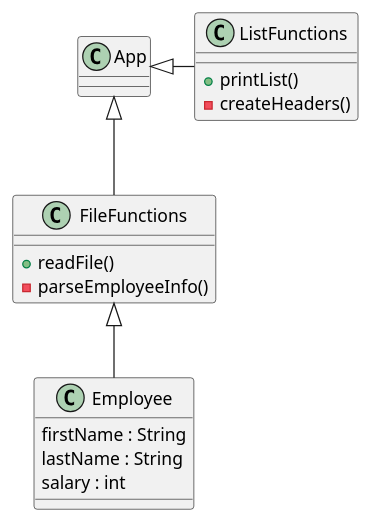
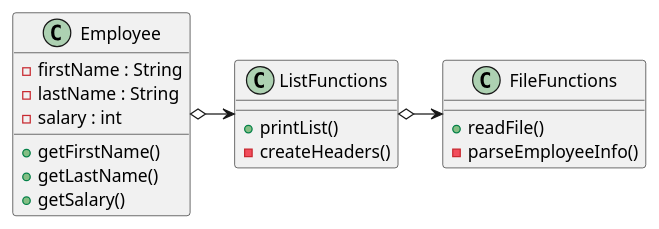
The diagram in src/main/java/oop/assignment3/ex42/base/ParsingDataFile.puml (ivy-nguyen18/nguyen-cop3330-assignment3), drawn with PlantUML before and after one commit. The commit also changed 10 other files, not shown here.

Commit message:
All plantUML updated

```diff
--- a/src/main/java/oop/assignment3/ex42/base/ParsingDataFile.puml
+++ b/src/main/java/oop/assignment3/ex42/base/ParsingDataFile.puml
@@ -1,25 +1,28 @@
 @startuml
 'https://plantuml.com/class-diagram
 
 
-App <|-- FileFunctions
-FileFunctions <|-- Employee
-App <|- ListFunctions
+Employee o->ListFunctions
+ListFunctions o-> FileFunctions
 
 class FileFunctions {
-+ readFile()
-- parseEmployeeInfo()
+    + readFile()
+    - parseEmployeeInfo()
 }
 
 class ListFunctions {
-+ printList()
-- createHeaders()
+    + printList()
+    - createHeaders()
 }
 
 class Employee {
-firstName : String
-lastName : String
-salary : int
+    - firstName : String
+    - lastName : String
+    - salary : int
+
+    + getFirstName()
+    + getLastName()
+    + getSalary()
 }
 
 @enduml
```
